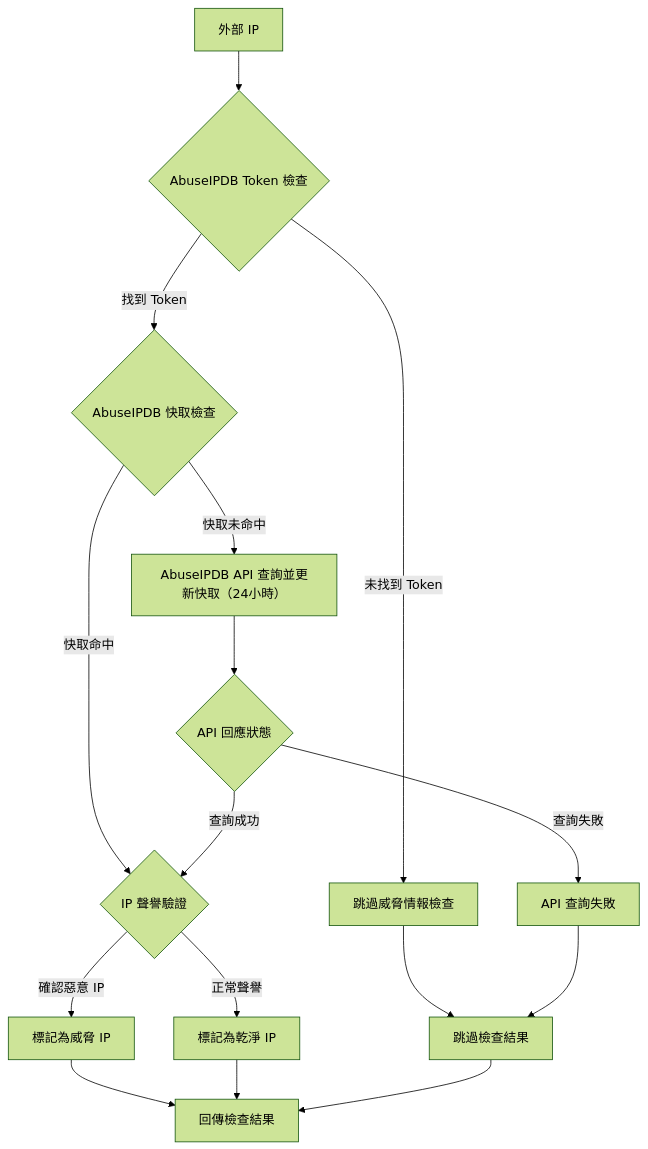
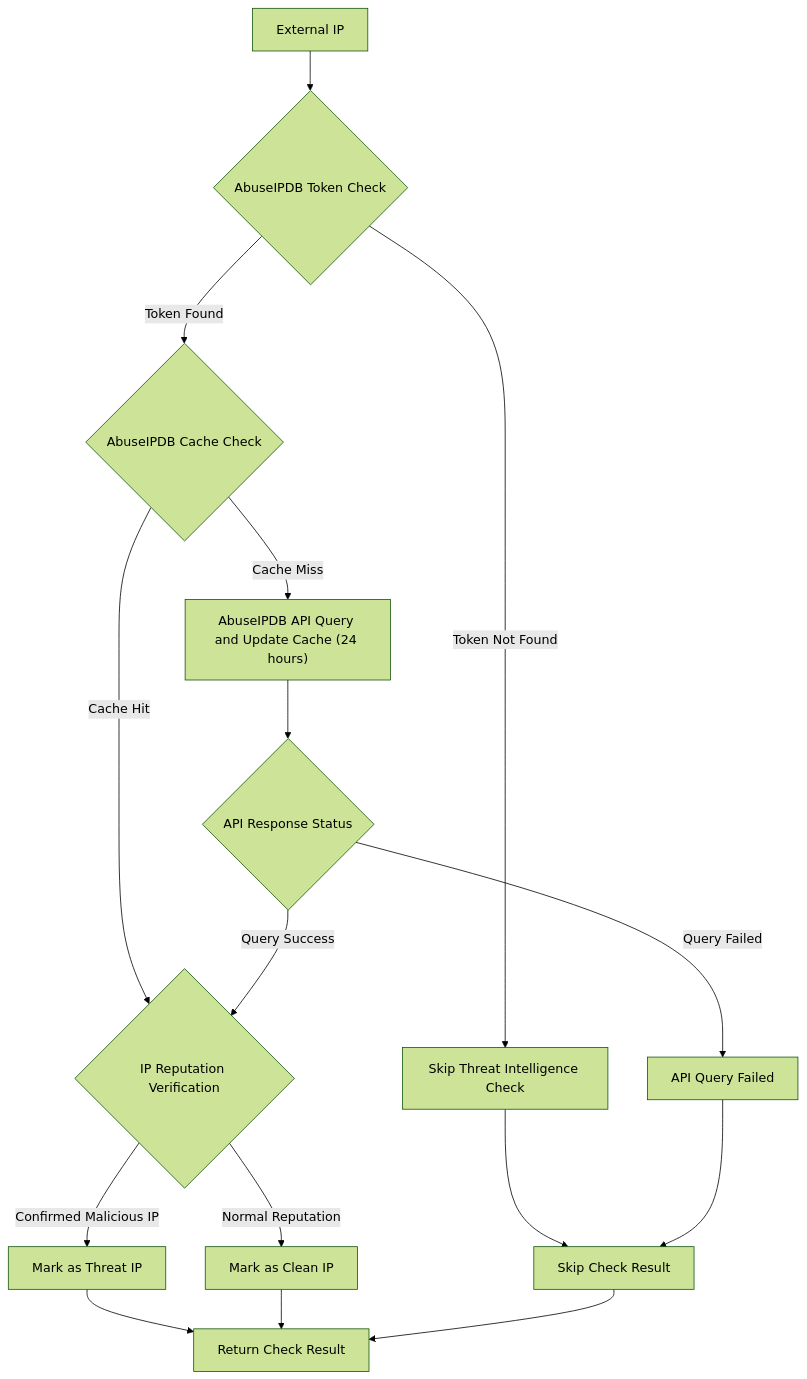
One commit to pardnchiu/golang-ip-guardian changed the third of 4 diagrams in README.md. Above: the diagram before and after it, drawn with Mermaid (forest theme). The commit also changed other lines of this file and 10 other files, not shown here.

````diff
--- a/README.md
+++ b/README.md
@@ -244,23 +479,23 @@
 ```mermaid
 flowchart TD
-  START["外部 IP"] --> TOKEN{"AbuseIPDB Token 檢查"}
+  START["External IP"] --> TOKEN{"AbuseIPDB Token Check"}
   
-  TOKEN -->|"未找到 Token"| NO_TOKEN["跳過威脅情報檢查"]
-  TOKEN -->|"找到 Token"| CACHE{"AbuseIPDB 快取檢查"}
+  TOKEN -->|"Token Not Found"| NO_TOKEN["Skip Threat Intelligence Check"]
+  TOKEN -->|"Token Found"| CACHE{"AbuseIPDB Cache Check"}
   
-  CACHE -->|"快取命中"| REPUTATION{"IP 聲譽驗證"}
-  CACHE -->|"快取未命中"| API_QUERY["AbuseIPDB API 查詢並更新快取（24小時）"]
+  CACHE -->|"Cache Hit"| REPUTATION{"IP Reputation Verification"}
+  CACHE -->|"Cache Miss"| API_QUERY["AbuseIPDB API Query and Update Cache (24 hours)"]
   
-  API_QUERY --> API_STATUS{"API 回應狀態"}
-  API_STATUS -->|"查詢失敗"| API_FAIL["API 查詢失敗"]
-  API_STATUS -->|"查詢成功"| REPUTATION
+  API_QUERY --> API_STATUS{"API Response Status"}
+  API_STATUS -->|"Query Failed"| API_FAIL["API Query Failed"]
+  API_STATUS -->|"Query Success"| REPUTATION
   
-  REPUTATION -->|"確認惡意 IP"| MALICIOUS["標記為威脅 IP"]
-  REPUTATION -->|"正常聲譽"| CLEAN["標記為乾淨 IP"]
+  REPUTATION -->|"Confirmed Malicious IP"| MALICIOUS["Mark as Threat IP"]
+  REPUTATION -->|"Normal Reputation"| CLEAN["Mark as Clean IP"]
   
-  NO_TOKEN --> SKIP["跳過檢查結果"]
+  NO_TOKEN --> SKIP["Skip Check Result"]
   API_FAIL --> SKIP
-  MALICIOUS --> RESULT["回傳檢查結果"]
+  MALICIOUS --> RESULT["Return Check Result"]
   CLEAN --> RESULT
   SKIP --> RESULT
 ```
````
